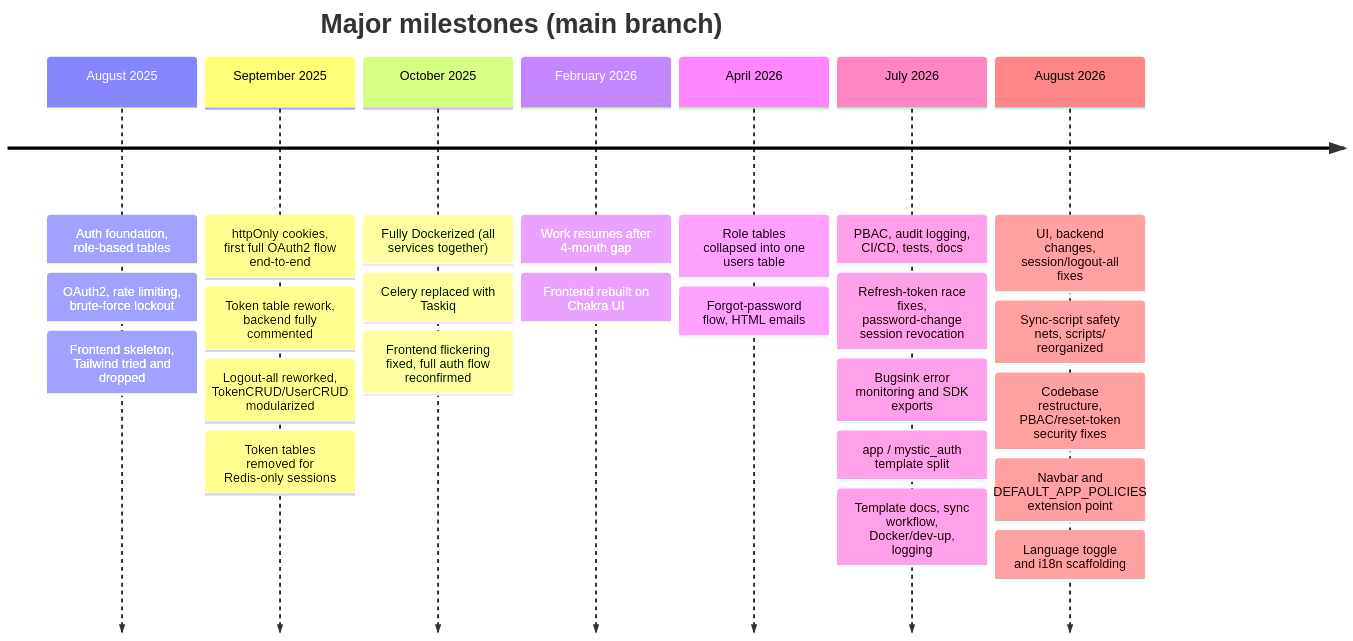
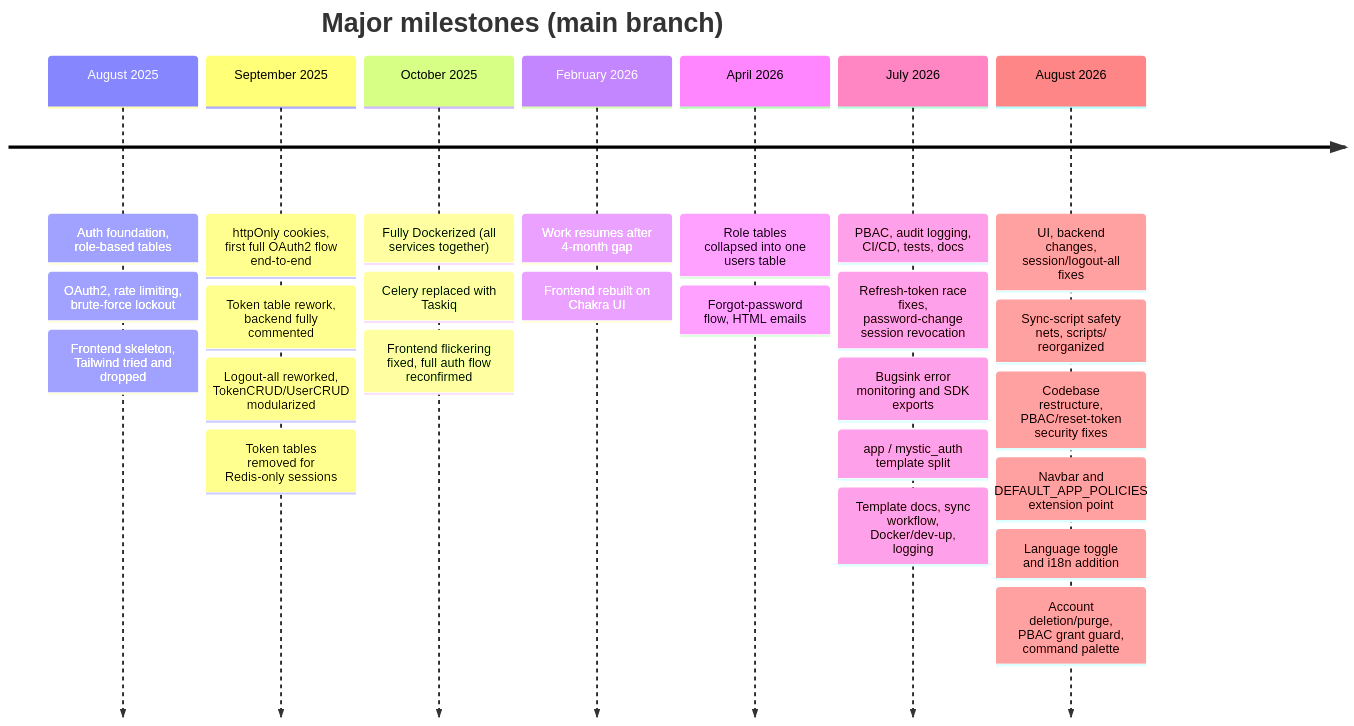
Before and after one commit to Nachiket-2024/mystic-auth: the diagram in docs/mystic_auth/project-story/README.md, drawn with Mermaid. The commit also changed other lines of this file and 303 other files, not shown here.

Commit message:
Implemented account deletion, PBAC guard, command palette; patched IP spoofing

````diff
--- a/docs/mystic_auth/project-story/README.md
+++ b/docs/mystic_auth/project-story/README.md
@@ -37,28 +37,29 @@
 ```mermaid
 timeline
     title Major milestones (main branch)
     August 2025: Auth foundation, role-based tables
             : OAuth2, rate limiting, brute-force lockout
             : Frontend skeleton, Tailwind tried and dropped
     September 2025: httpOnly cookies, first full OAuth2 flow end-to-end
             : Token table rework, backend fully commented
             : Logout-all reworked, TokenCRUD/UserCRUD modularized
             : Token tables removed for Redis-only sessions
     October 2025: Fully Dockerized (all services together)
             : Celery replaced with Taskiq
             : Frontend flickering fixed, full auth flow reconfirmed
     February 2026: Work resumes after 4-month gap
             : Frontend rebuilt on Chakra UI
     April 2026: Role tables collapsed into one users table
             : Forgot-password flow, HTML emails
     July 2026: PBAC, audit logging, CI/CD, tests, docs
             : Refresh-token race fixes, password-change session revocation
             : Bugsink error monitoring and SDK exports
             : app / mystic_auth template split
             : Template docs, sync workflow, Docker/dev-up, logging
     August 2026: UI, backend changes, session/logout-all fixes
             : Sync-script safety nets, scripts/ reorganized
             : Codebase restructure, PBAC/reset-token security fixes
             : Navbar and DEFAULT_APP_POLICIES extension point
-            : Language toggle and i18n scaffolding
+            : Language toggle and i18n addition
+            : Account deletion/purge, PBAC grant guard, command palette
 ```
````
